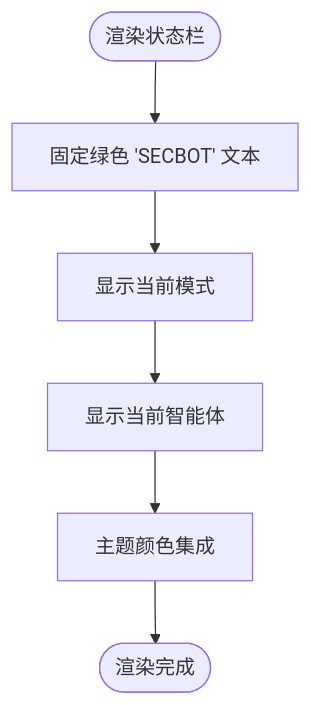
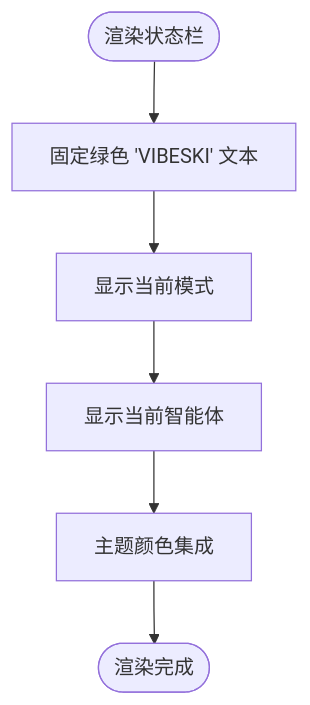
Diagram 14 of 15 in .qoder/repowiki/zh/content/用户界面/命令行界面 (Terminal UI)/命令行界面 (Terminal UI).md (crabin/VIBESKI), drawn with Mermaid before and after one commit. The commit also changed other lines of this file and 170 other files, not shown here.

Commit message:
chore: rename all secbot/hackbot identifiers to vibeski

````diff
--- a/.qoder/repowiki/zh/content/用户界面/命令行界面 (Terminal UI)/命令行界面 (Terminal UI).md
+++ b/.qoder/repowiki/zh/content/用户界面/命令行界面 (Terminal UI)/命令行界面 (Terminal UI).md
@@ -513,8 +513,8 @@
 ```mermaid
 flowchart TD
-Start(["渲染状态栏"]) --> FixedLogo["固定绿色 'SECBOT' 文本"]
+Start(["渲染状态栏"]) --> FixedLogo["固定绿色 'VIBESKI' 文本"]
 FixedLogo --> ModeInfo["显示当前模式"]
 ModeInfo --> AgentInfo["显示当前智能体"]
 AgentInfo --> ThemeIntegrate["主题颜色集成"]
 ThemeIntegrate --> End(["渲染完成"])
 ```
````
